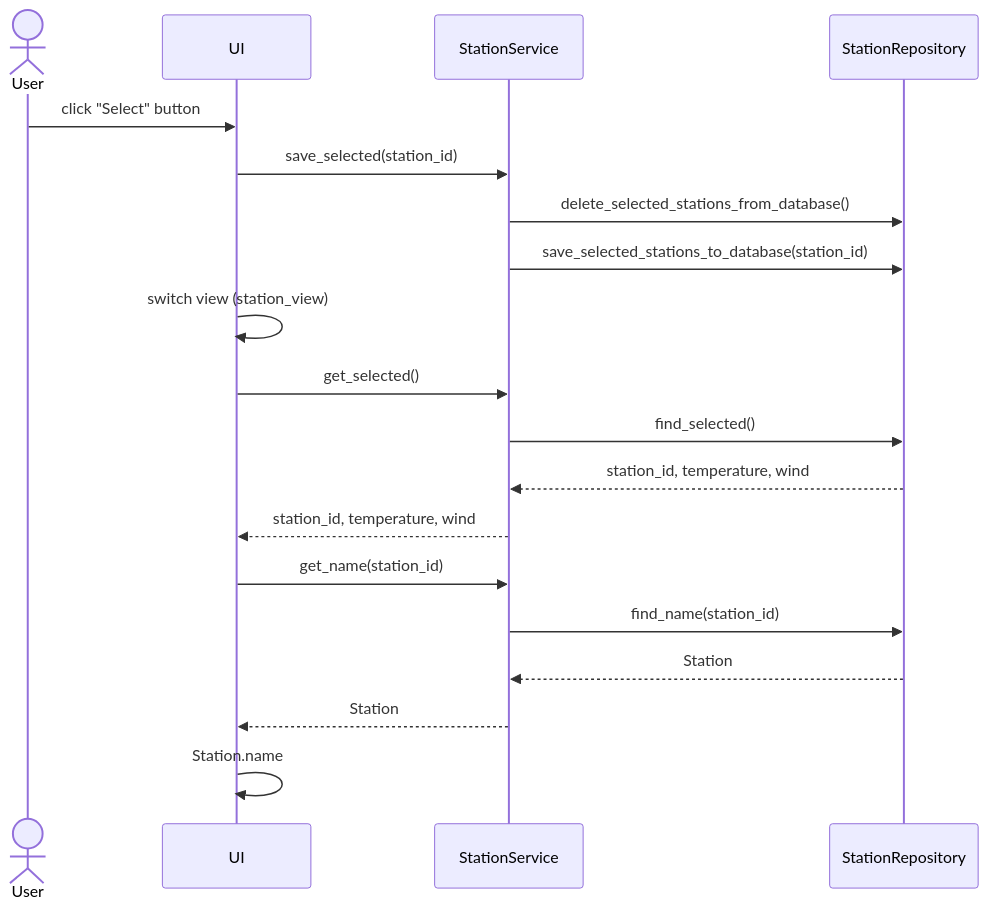
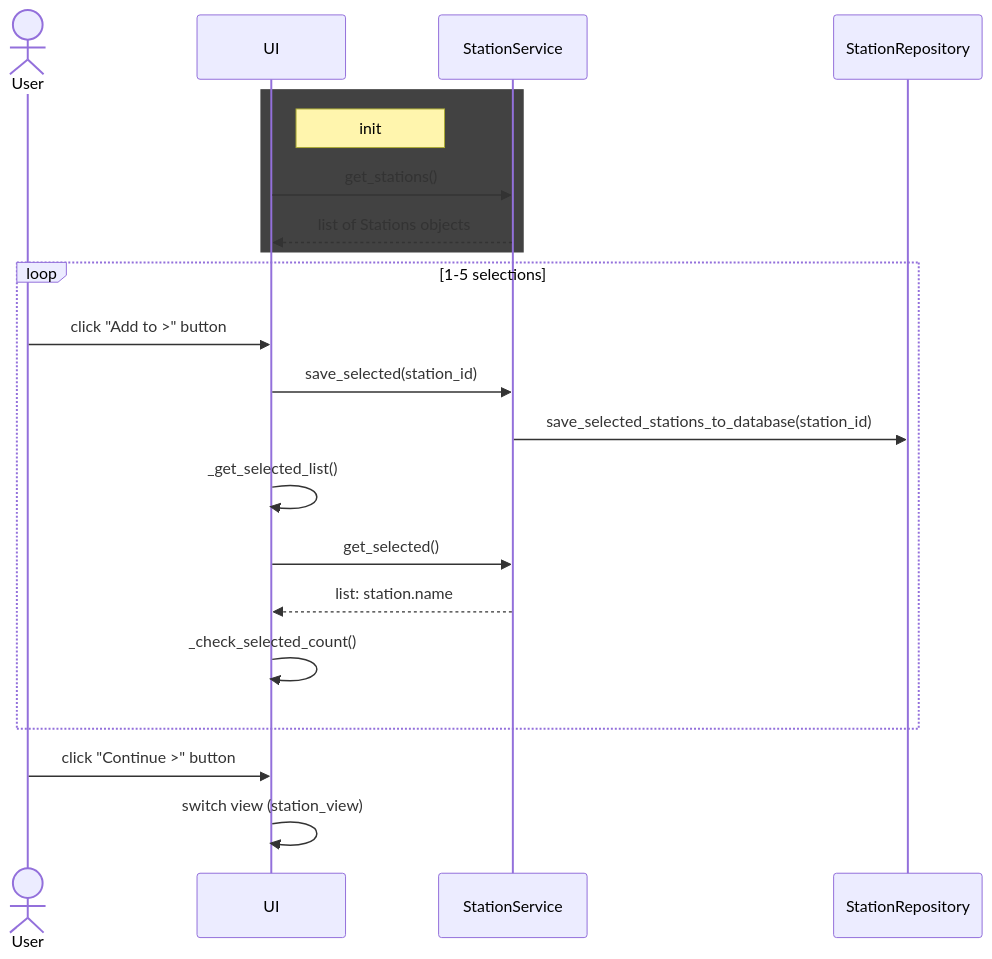
Before and after one commit to mcpaulafi/ot-harjoitustyo: the fourth of 7 diagrams in dokumentaatio/architecture.md, drawn with Mermaid. The commit also changed other lines of this file and 2 other files, not shown here.

````diff
--- a/dokumentaatio/architecture.md
+++ b/dokumentaatio/architecture.md
@@ -114,25 +158,28 @@
 ```mermaid
 sequenceDiagram
     actor User
     participant UI
     participant StationService
     participant StationRepository
 
-    User->> UI: click "Select" button
-    UI->>StationService: save_selected(station_id)
-    StationService->>StationRepository: delete_selected_stations_from_database()
-    StationService->>StationRepository: save_selected_stations_to_database(station_id)
+    rect rgb(66, 66, 66)
+    note right of UI: init
+    UI->>StationService :get_stations()
+    StationService-->>UI: list of Stations objects
+    end
 
+    loop 1-5 selections
+        User->> UI: click "Add to >" button
+        UI->>StationService: save_selected(station_id)
+        StationService->>StationRepository: save_selected_stations_to_database(station_id)
+
+        UI->>UI: _get_selected_list()
+        UI->>StationService: get_selected()
+        StationService-->>UI: list: station.name
+        UI->>UI: _check_selected_count()
+    end 
+
+    User->> UI: click "Continue >" button
     UI->>UI: switch view (station_view)
 
-    UI->>StationService: get_selected()
-    StationService->>StationRepository: find_selected()
-    StationRepository-->>StationService: station_id, temperature, wind
-    StationService-->>UI: station_id, temperature, wind
-
-    UI->>StationService: get_name(station_id)
-    StationService->>StationRepository: find_name(station_id)
-    StationRepository-->>StationService: Station
-    StationService-->>UI: Station
-    UI->>UI: Station.name
 ```
````
